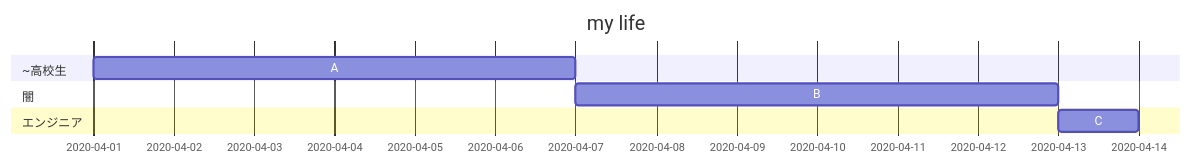
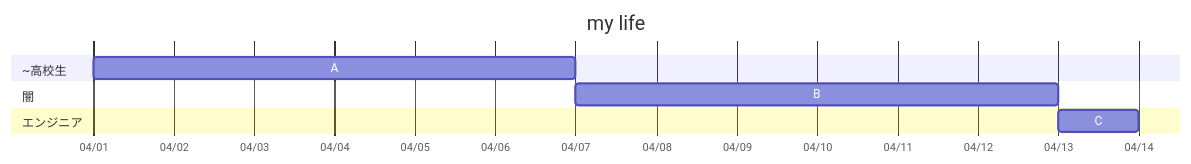
One commit to cocococoa/cocococoa.github.io changed the third of 3 diagrams in _posts/2020-05-17-first-post.md. Above: the diagram before and after it, drawn with Mermaid. The commit also changed other lines of this file and 1 other file, not shown here.

````diff
--- a/_posts/2020-05-17-first-post.md
+++ b/_posts/2020-05-17-first-post.md
@@ -67,14 +67,15 @@
 ```mermaid
 gantt
     title my life
     dateFormat MM-DD
+    axisFormat  %m/%d
 
     section ~高校生
     A       :a1 ,04-01 ,6d
 
     section 闇
     B       :b1 ,after a1 ,6d
 
     section エンジニア
     C       :c1 ,after b1 ,1d
 ```
````
